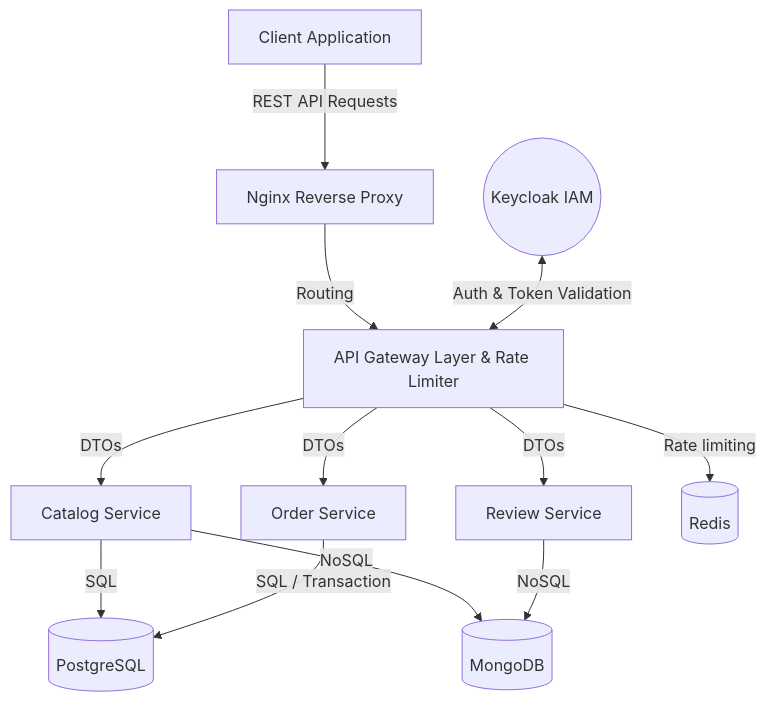
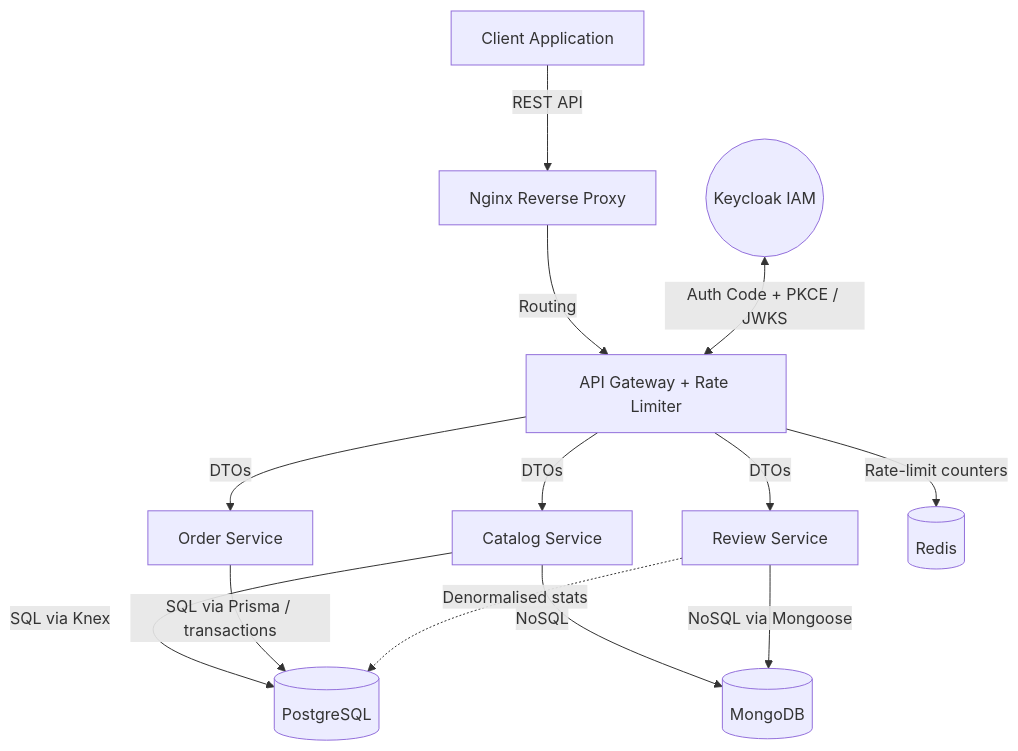
One commit to jakub-jurkian/grailkits changed the diagram in README.md. Above: the diagram before and after it, drawn with Mermaid. The commit also changed other lines of this file, not shown here.

````diff
--- a/README.md
+++ b/README.md
@@ -27,15 +38,15 @@
 ```mermaid
 graph TD
-    Client[Client Application] -->|REST API Requests| Nginx[Nginx Reverse Proxy]
-    Nginx -->|Routing| Gateway[API Gateway Layer & Rate Limiter]
-    Keycloak((Keycloak IAM)) <-->|Auth & Token Validation| Gateway
+    Client[Client Application] -->|REST API| Nginx[Nginx Reverse Proxy]
+    Nginx -->|Routing| Gateway[API Gateway + Rate Limiter]
+    Keycloak((Keycloak IAM)) <-->|Auth Code + PKCE / JWKS| Gateway
     Gateway -->|DTOs| Catalog[Catalog Service]
     Gateway -->|DTOs| Order[Order Service]
     Gateway -->|DTOs| Review[Review Service]
-    
-    Catalog -->|SQL| Postgres[(PostgreSQL)]
+    Catalog -->|SQL via Knex| Postgres[(PostgreSQL)]
     Catalog -->|NoSQL| Mongo[(MongoDB)]
-    Order -->|SQL / Transaction| Postgres
-    Review -->|NoSQL| Mongo
-    Gateway -->|Rate limiting| Redis[(Redis)]
+    Order   -->|SQL via Prisma / transactions| Postgres
+    Review  -->|NoSQL via Mongoose| Mongo
+    Review  -.->|Denormalised stats| Postgres
+    Gateway -->|Rate-limit counters| Redis[(Redis)]
 ```
````
